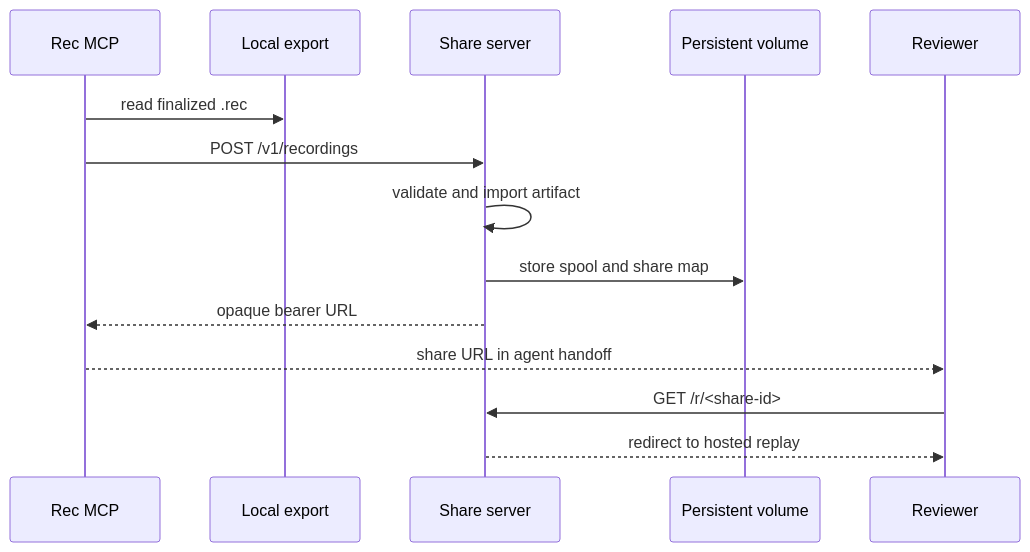
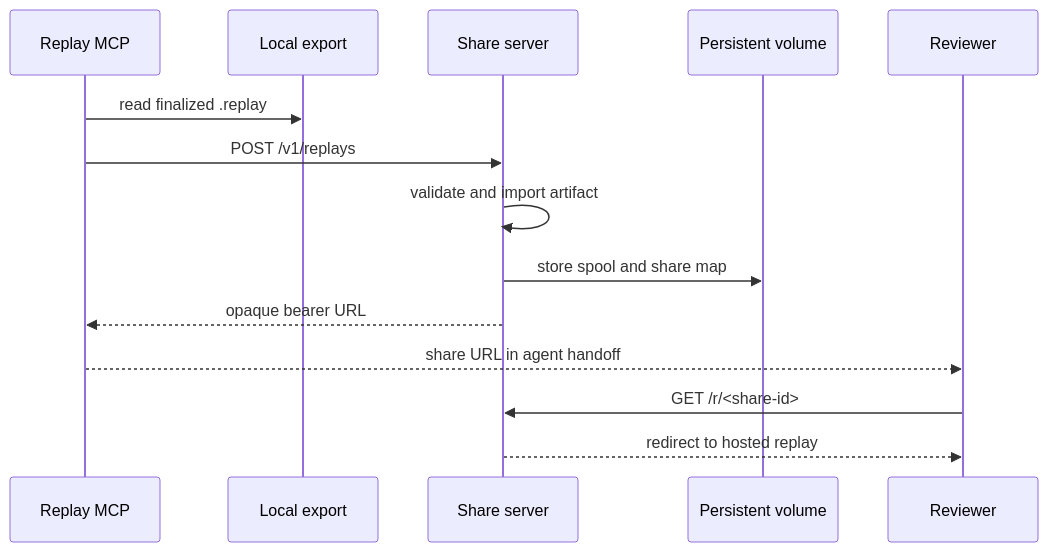
The fourth of 5 diagrams in ARCHITECTURE.md (that-one-arab/replay), drawn with Mermaid before and after one commit. The commit also changed other lines of this file and 103 other files, not shown here.

First line of the commit message:
Rebrand the app from Rec to Replay

````diff
--- a/ARCHITECTURE.md
+++ b/ARCHITECTURE.md
@@ -315,17 +315,17 @@
 ```mermaid
 sequenceDiagram
-  participant MCP as Rec MCP
+  participant MCP as Replay MCP
   participant Local as Local export
   participant Share as Share server
   participant Volume as Persistent volume
   participant Reviewer
 
-  MCP->>Local: read finalized .rec
-  MCP->>Share: POST /v1/recordings
+  MCP->>Local: read finalized .replay
+  MCP->>Share: POST /v1/replays
   Share->>Share: validate and import artifact
   Share->>Volume: store spool and share map
   Share-->>MCP: opaque bearer URL
   MCP-->>Reviewer: share URL in agent handoff
   Reviewer->>Share: GET /r/<share-id>
   Share-->>Reviewer: redirect to hosted replay
 ```
````
